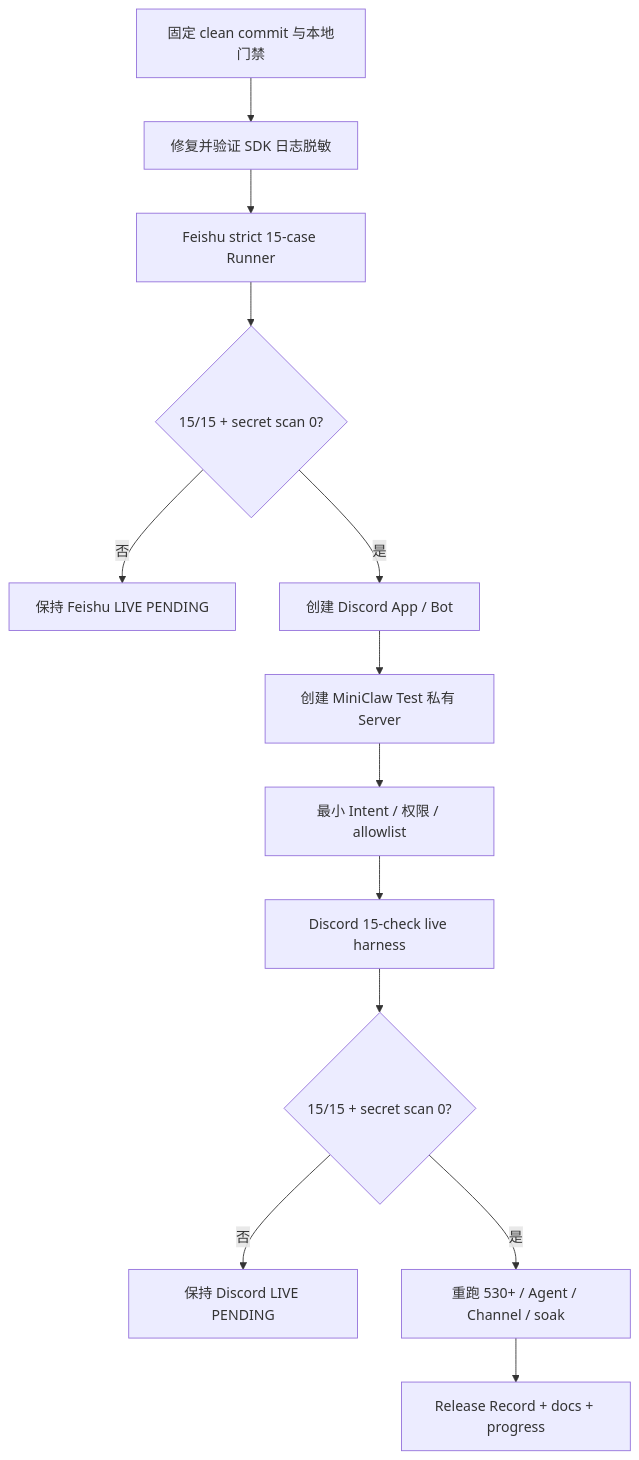
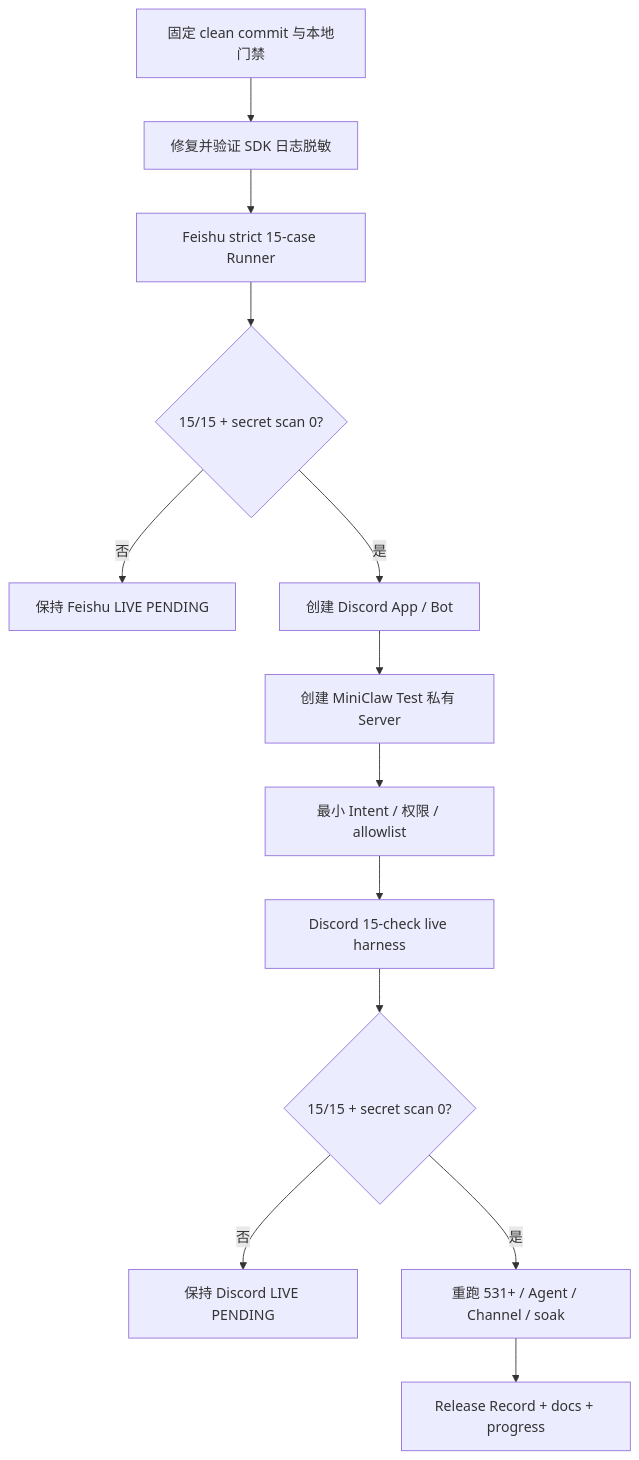
Before and after one commit to NEDONION/lobster0: the diagram in docs/superpowers/specs/2026-08-09-phase-5-3-feishu-discord-live-gate-design.md, drawn with Mermaid. The commit also changed other lines of this file and 44 other files, not shown here.

````diff
--- a/docs/superpowers/specs/2026-08-09-phase-5-3-feishu-discord-live-gate-design.md
+++ b/docs/superpowers/specs/2026-08-09-phase-5-3-feishu-discord-live-gate-design.md
@@ -120,15 +120,15 @@
 ```mermaid
 flowchart TD
     BASE["固定 clean commit 与本地门禁"] --> SEC["修复并验证 SDK 日志脱敏"]
     SEC --> FS["Feishu strict 15-case Runner"]
     FS --> FSE{"15/15 + secret scan 0?"}
     FSE -->|否| STOP1["保持 Feishu LIVE PENDING"]
     FSE -->|是| APP["创建 Discord App / Bot"]
     APP --> SERVER["创建 MiniClaw Test 私有 Server"]
     SERVER --> CFG["最小 Intent / 权限 / allowlist"]
     CFG --> DC["Discord 15-check live harness"]
     DC --> DCE{"15/15 + secret scan 0?"}
     DCE -->|否| STOP2["保持 Discord LIVE PENDING"]
-    DCE -->|是| GATE["重跑 530+ / Agent / Channel / soak"]
+    DCE -->|是| GATE["重跑 531+ / Agent / Channel / soak"]
     GATE --> DOCS["Release Record + docs + progress"]
 ```
````
